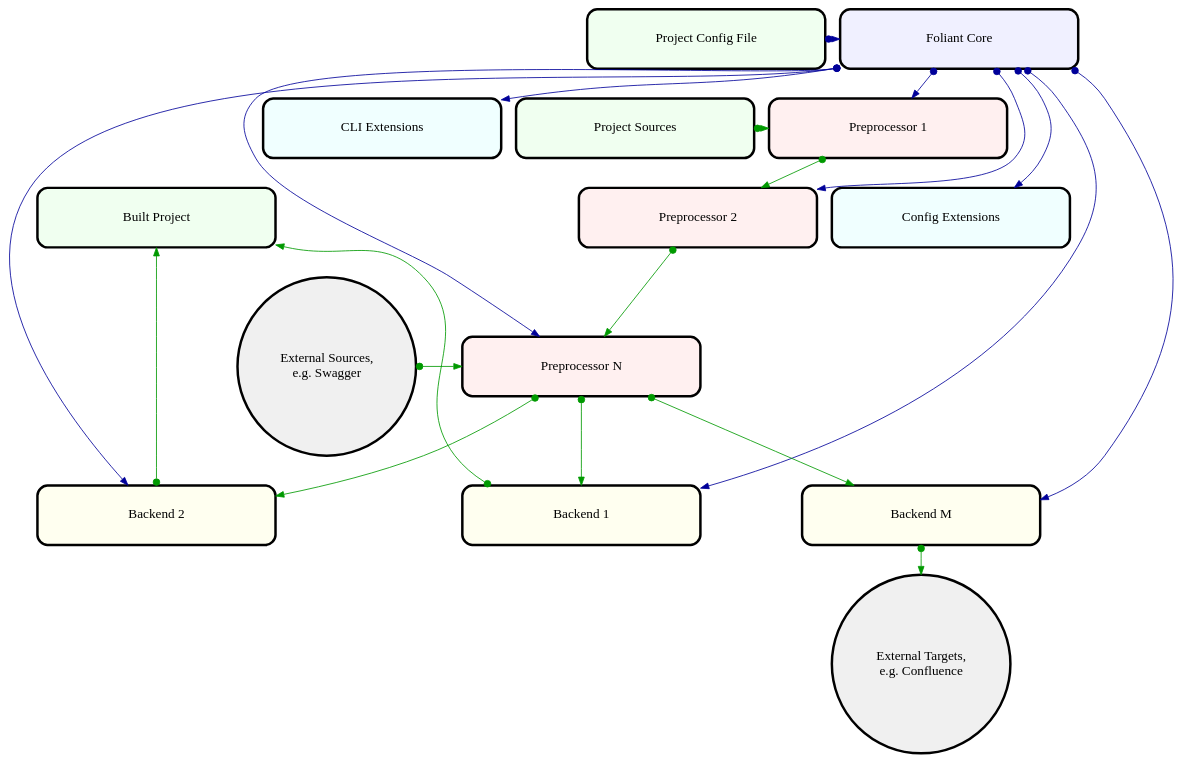
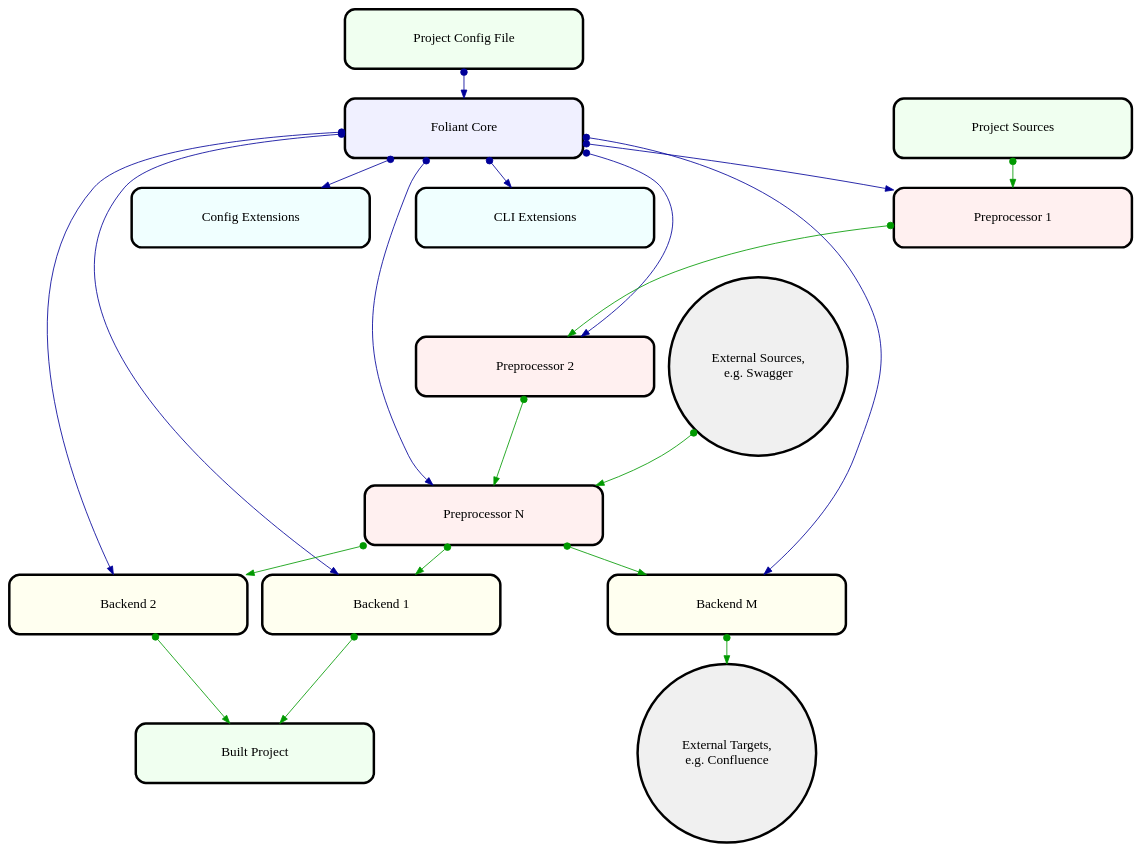
The diagram in examples/01_foliant_architecture_simple/target/architecture.gv (foliant-docs/archeme), drawn with Graphviz before and after one commit. The commit also changed 11 other files, not shown here.

```diff
--- a/examples/01_foliant_architecture_simple/target/architecture.gv
+++ b/examples/01_foliant_architecture_simple/target/architecture.gv
@@ -1,73 +1,38 @@
 digraph {
 graph [splines = "true", esep = "0.33", fontname = "PT Sans Caption", fontsize = "16"];
-node [shape = "box", fixedsize = "true", width = "4", height = "1", style = "rounded, filled", penwidth = "3", fontname = "PT Sans Caption", fontsize = "16"];
+node [shape = "box", fixedsize = "true", width = "4", height = "1", penwidth = "3", fontname = "PT Sans Caption", fontsize = "16", style = "rounded, filled"];
 edge [dir = "both", arrowtail = "dot", arrowhead = "normal"];
 "config" [fillcolor = "#f0fff0", label = "Project Config File", pos = "0, 0!"];
 "src" [fillcolor = "#f0fff0", label = "Project Sources", pos = "0, -200!"];
 "artifacts" [fillcolor = "#f0fff0", label = "Built Project", pos = "0, -400!"];
 "core" [fillcolor = "#f0f0ff", label = "Foliant Core", pos = "1200, 0!"];
 "config_extensions" [fillcolor = "#f0ffff", label = "Config Extensions", pos = "1600, -400!"];
 "cli_extensions" [fillcolor = "#f0ffff", label = "CLI Extensions", pos = "1600, -200!"];
 "preprocessor_1" [fillcolor = "#fff0f0", label = "Preprocessor 1", pos = "800, -200!"];
 "preprocessor_2" [fillcolor = "#fff0f0", label = "Preprocessor 2", pos = "800, -400!"];
 "preprocessor_n" [fillcolor = "#fff0f0", label = "Preprocessor N", pos = "800, -600!"];
 "backend_1" [fillcolor = "#fffff0", label = "Backend 1", pos = "800, -800!"];
 "backend_2" [fillcolor = "#fffff0", label = "Backend 2", pos = "1200, -800!"];
 "backend_m" [fillcolor = "#fffff0", label = "Backend M", pos = "1600, -800!"];
 "external_sources" [shape = "circle", width = "3", height = "3", fillcolor = "#f0f0f0", label = "External Sources,\ne.g. Swagger", pos = "2400, -600!"];
 "external_targets" [shape = "circle", width = "3", height = "3", fillcolor = "#f0f0f0", label = "External Targets,\ne.g. Confluence", pos = "1600, -1200!"];
 "config" -> "core" [color = "#000099"];
 "core" -> "config_extensions" [color = "#000099"];
 "core" -> "cli_extensions" [color = "#000099"];
 "core" -> "preprocessor_1" [color = "#000099"];
 "core" -> "preprocessor_2" [color = "#000099"];
 "core" -> "preprocessor_n" [color = "#000099"];
 "core" -> "backend_1" [color = "#000099"];
 "core" -> "backend_2" [color = "#000099"];
 "core" -> "backend_m" [color = "#000099"];
 "src" -> "preprocessor_1" [color = "#009900"];
 "preprocessor_1" -> "preprocessor_2" [color = "#009900"];
 "preprocessor_2" -> "preprocessor_n" [color = "#009900"];
 "external_sources" -> "preprocessor_n" [color = "#009900"];
 "preprocessor_n" -> "backend_1" [color = "#009900"];
 "preprocessor_n" -> "backend_2" [color = "#009900"];
 "preprocessor_n" -> "backend_m" [color = "#009900"];
 "backend_1" -> "artifacts" [color = "#009900"];
 "backend_2" -> "artifacts" [color = "#009900"];
 "backend_m" -> "external_targets" [color = "#009900"];
-subgraph {
-rank = "same";
-"config";
-"core";
 }
-subgraph {
-rank = "same";
-"src";
-"preprocessor_1";
-"cli_extensions";
-}
-subgraph {
-rank = "same";
-"artifacts";
-"preprocessor_2";
-"config_extensions";
-}
-subgraph {
-rank = "same";
-"preprocessor_n";
-"external_sources";
-}
-subgraph {
-rank = "same";
-"backend_1";
-"backend_2";
-"backend_m";
-}
-subgraph {
-rank = "same";
-}
-subgraph {
-rank = "same";
-"external_targets";
-}
-}
```
